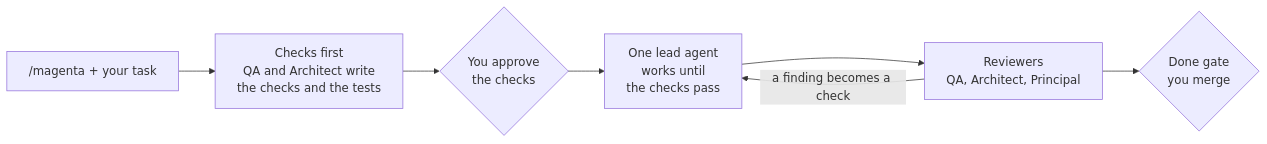
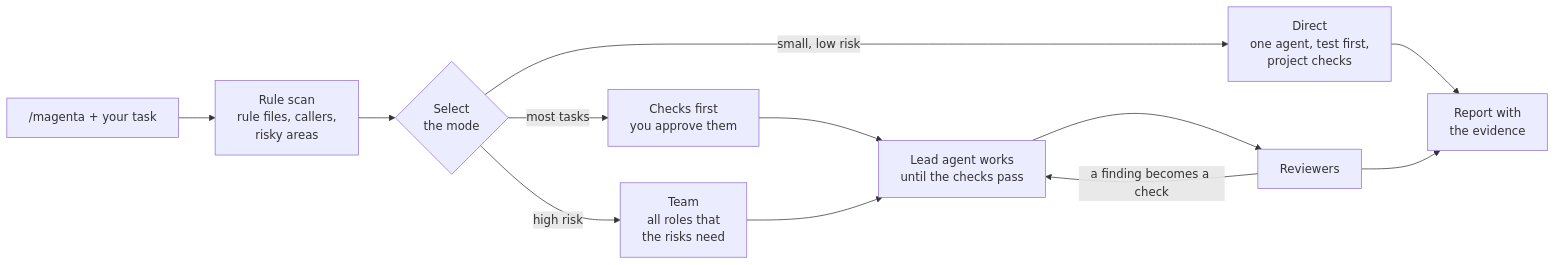
Before and after one commit to devlnull/magenta-agents: the diagram in README.md, drawn with Mermaid. The commit also changed other lines of this file and 38 other files, not shown here.

````diff
--- a/README.md
+++ b/README.md
@@ -24,9 +75,14 @@
 ```mermaid
 flowchart LR
-  T["/magenta + your task"] --> C["Checks first<br/>QA and Architect write<br/>the checks and the tests"]
-  C --> G{"You approve<br/>the checks"}
-  G --> L["One lead agent<br/>works until<br/>the checks pass"]
-  L --> R["Reviewers<br/>QA, Architect, Principal"]
+  T["/magenta + your task"] --> S["Rule scan<br/>rule files, callers,<br/>risky areas"]
+  S --> M{"Select<br/>the mode"}
+  M -->|"small, low risk"| D["Direct<br/>one agent, test first,<br/>project checks"]
+  M -->|"most tasks"| C["Checks first<br/>you approve them"]
+  M -->|"high risk"| TM["Team<br/>all roles that<br/>the risks need"]
+  C --> L["Lead agent works<br/>until the checks pass"]
+  TM --> L
+  L --> R["Reviewers"]
   R -->|"a finding becomes a check"| L
-  R --> D{"Done gate<br/>you merge"}
+  D --> F["Report with<br/>the evidence"]
+  R --> F
 ```
````
